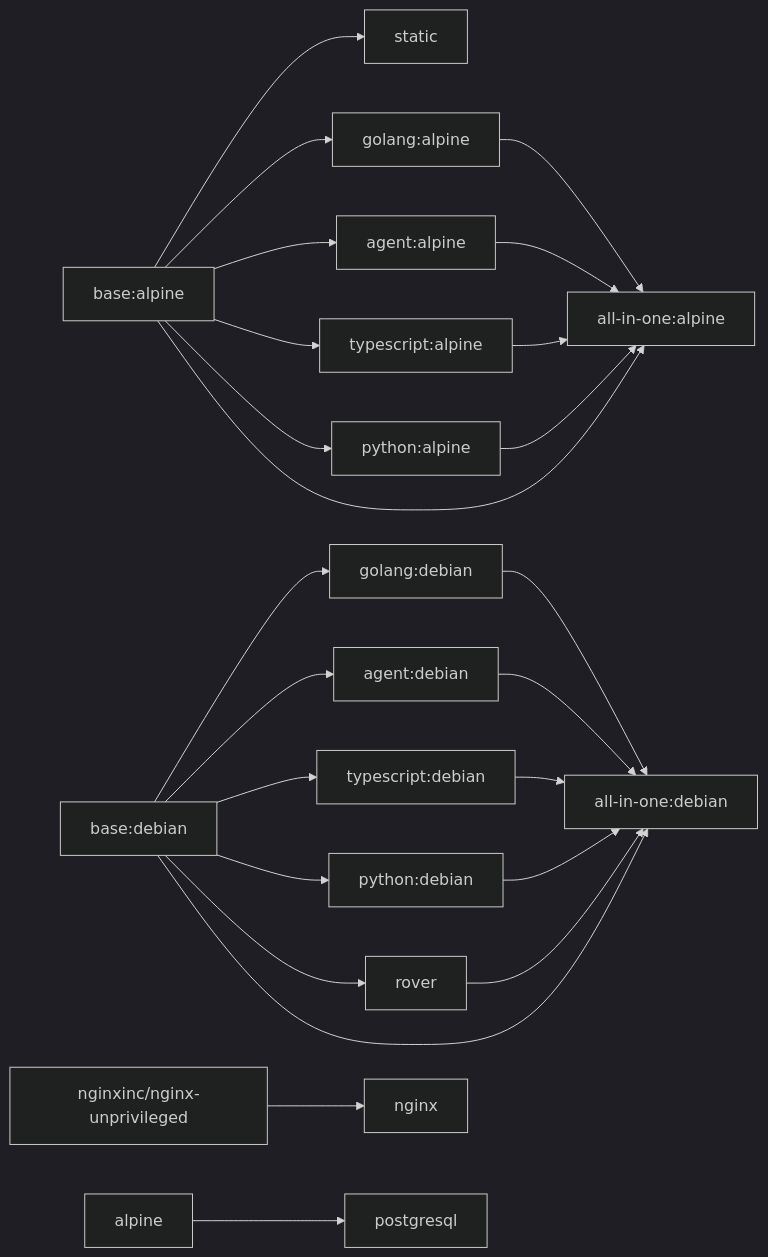
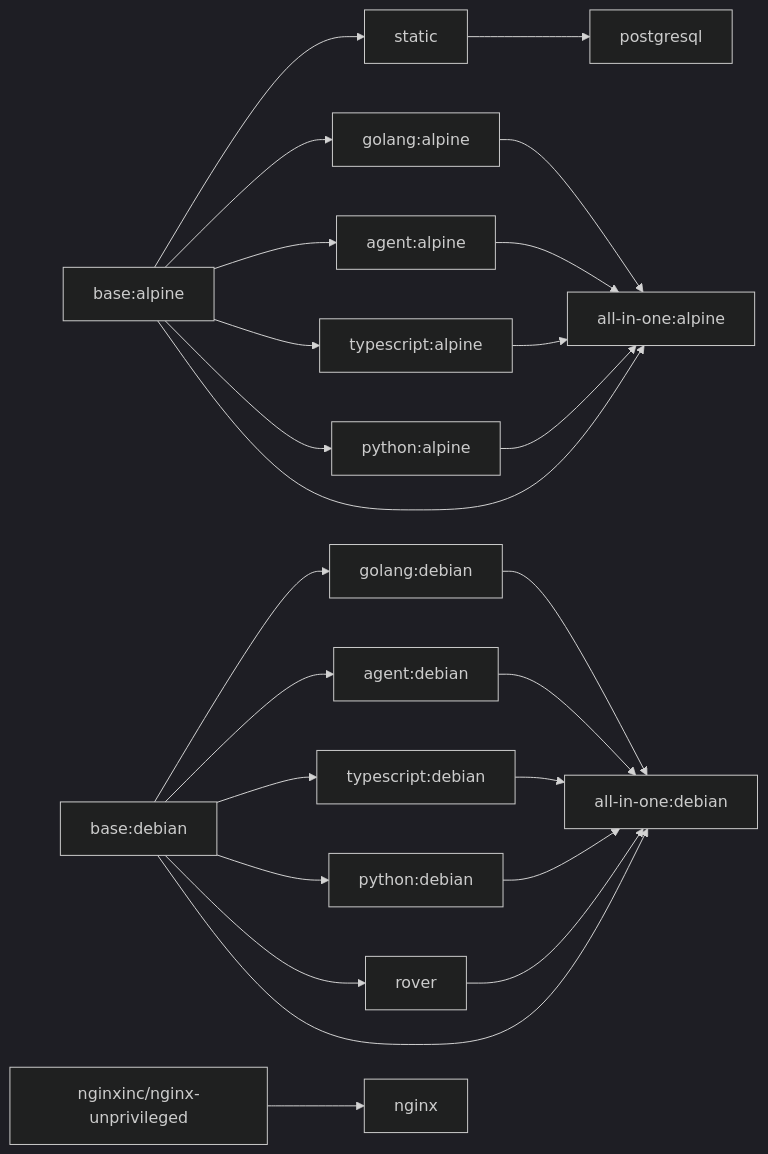
One commit to pyck-ai/baseimages changed the diagram in README.md. Above: the diagram before and after it, drawn with Mermaid (dark theme). The commit also changed 4 other files, not shown here.

````diff
--- a/README.md
+++ b/README.md
@@ -126,35 +126,34 @@
 ```mermaid
 graph LR
   base-alpine["base:alpine"]
   base-debian["base:debian"]
   nginx-base["nginxinc/nginx-unprivileged"]
-  alpine-upstream["alpine"]
 
   base-alpine --> static
   base-alpine --> golang-alpine["golang:alpine"]
   base-alpine --> agent-alpine["agent:alpine"]
   base-alpine --> typescript-alpine["typescript:alpine"]
   base-alpine --> python-alpine["python:alpine"]
 
   base-debian --> golang-debian["golang:debian"]
   base-debian --> agent-debian["agent:debian"]
   base-debian --> typescript-debian["typescript:debian"]
   base-debian --> python-debian["python:debian"]
   base-debian --> rover
 
   base-alpine --> aio-alpine["all-in-one:alpine"]
   golang-alpine --> aio-alpine
   agent-alpine --> aio-alpine
   typescript-alpine --> aio-alpine
   python-alpine --> aio-alpine
 
   base-debian --> aio-debian["all-in-one:debian"]
   golang-debian --> aio-debian
   agent-debian --> aio-debian
   typescript-debian --> aio-debian
   rover --> aio-debian
   python-debian --> aio-debian
 
   nginx-base --> nginx
-  alpine-upstream --> postgresql
+  static --> postgresql
 ```
````
